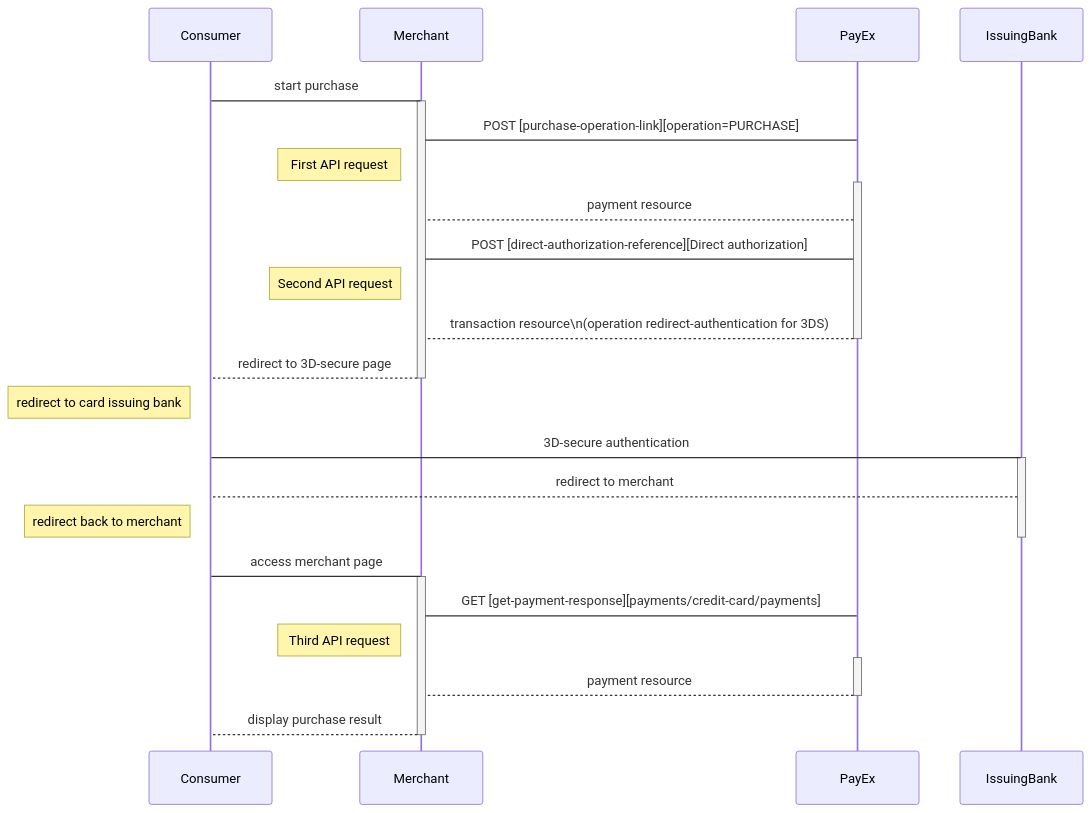
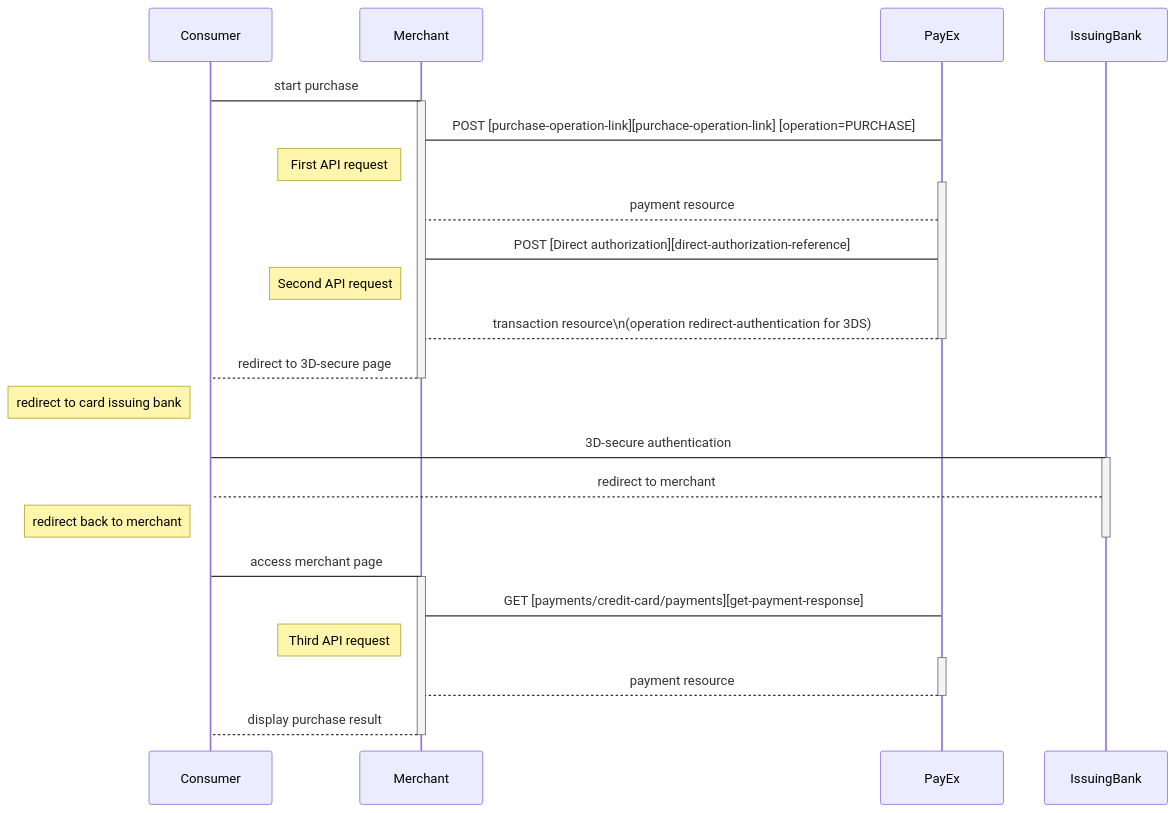
The sixth of 7 diagrams in payments/credit-card/index.md (SwedbankPay/developer.swedbankpay.com), drawn with Mermaid before and after one commit. The commit also changed other lines of this file and 6 other files, not shown here.

Commit message:
dx-119 updated links and diagrams in invoice file

````diff
--- a/payments/credit-card/index.md
+++ b/payments/credit-card/index.md
@@ -365,34 +365,34 @@
 ```mermaid
 sequenceDiagram
   Consumer->Merchant: start purchase
   Activate Merchant
-  Merchant->PayEx: POST [purchase-operation-link][operation=PURCHASE]
+  Merchant->PayEx: POST [purchase-operation-link][purchace-operation-link] [operation=PURCHASE]
   note left of Merchant: First API request
   Activate PayEx
   PayEx-->Merchant: payment resource
 
-  Merchant -> PayEx: POST [direct-authorization-reference][Direct authorization]
+  Merchant -> PayEx: POST [Direct authorization][direct-authorization-reference]
   note left of Merchant: Second API request
   PayEx --> Merchant: transaction resource\n(operation redirect-authentication for 3DS)
 
   Deactivate PayEx
   Merchant-->Consumer: redirect to 3D-secure page
   Deactivate Merchant
   
   note left of Consumer: redirect to card issuing bank
   Consumer -> IssuingBank: 3D-secure authentication
   Activate IssuingBank
   IssuingBank-->Consumer: redirect to merchant
   note left of Consumer: redirect back to merchant
   Deactivate IssuingBank
   
   Consumer->Merchant: access merchant page
   Activate Merchant
-  Merchant->PayEx: GET [get-payment-response][payments/credit-card/payments]
+  Merchant->PayEx: GET [payments/credit-card/payments][get-payment-response]
   note left of Merchant: Third API request
   Activate PayEx
   PayEx-->Merchant: payment resource
   Deactivate PayEx
   Merchant-->Consumer: display purchase result
   Deactivate Merchant
 ```
````
